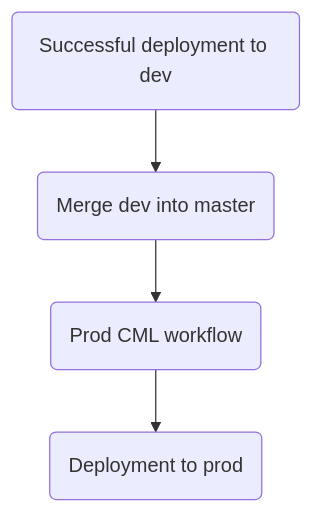
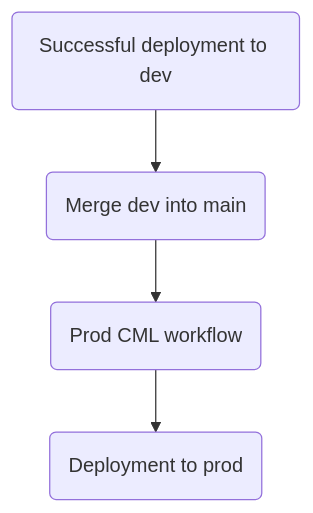
Before and after one commit to iterative/magnetic-tiles-defect: the third of 3 diagrams in README.md, drawn with Mermaid. The commit also changed other lines of this file, not shown here.

Commit message:
changed `master` to `main` in README

````diff
--- a/README.md
+++ b/README.md
@@ -68,4 +68,4 @@
 ```mermaid
 flowchart TB
-A(Successful deployment to dev) --> B(Merge dev into master) --> C(Prod CML workflow) --> D(Deployment to prod) 
+A(Successful deployment to dev) --> B(Merge dev into main) --> C(Prod CML workflow) --> D(Deployment to prod) 
 ```
````
